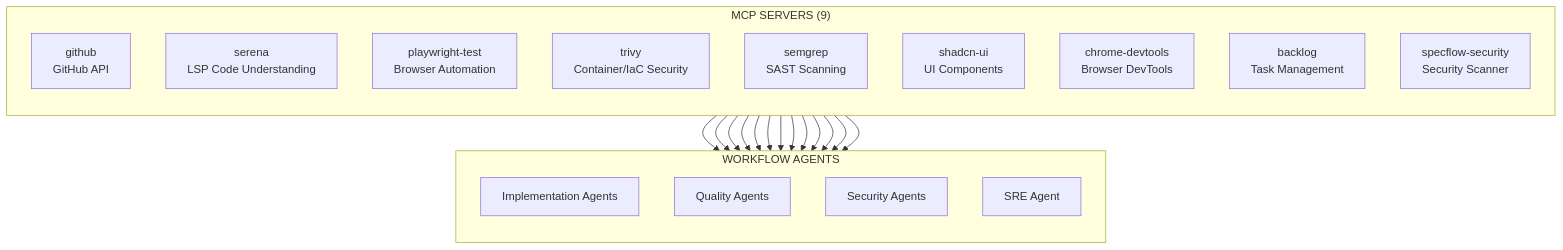
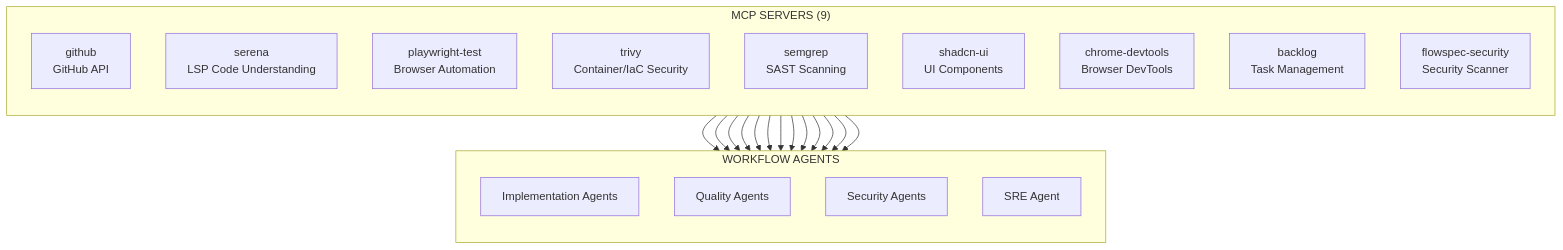
One commit to jpoley/jp-spec-kit changed the third of 5 diagrams in docs/reference/agent-architecture-diagrams.md. Above: the diagram before and after it, drawn with Mermaid. The commit also changed other lines of this file and 525 other files, not shown here.

First line of the commit message:
feat!: rename specflow to flowspec namespace

````diff
--- a/docs/reference/agent-architecture-diagrams.md
+++ b/docs/reference/agent-architecture-diagrams.md
@@ -266,37 +266,37 @@
 ```mermaid
 flowchart TB
     subgraph MCP["MCP SERVERS (9)"]
         direction TB
         GH[github<br/>GitHub API]
         SER[serena<br/>LSP Code Understanding]
         PW[playwright-test<br/>Browser Automation]
         TR[trivy<br/>Container/IaC Security]
         SG[semgrep<br/>SAST Scanning]
         SH[shadcn-ui<br/>UI Components]
         CD[chrome-devtools<br/>Browser DevTools]
         BL[backlog<br/>Task Management]
-        SEC[specflow-security<br/>Security Scanner]
+        SEC[flowspec-security<br/>Security Scanner]
     end
 
     subgraph AGENTS["WORKFLOW AGENTS"]
         direction TB
         IMPL[Implementation Agents]
         QA[Quality Agents]
         SECAG[Security Agents]
         SRE[SRE Agent]
     end
 
     GH --> IMPL
     GH --> SRE
     SER --> IMPL
     PW --> QA
     PW --> SECAG
     TR --> SECAG
     TR --> SRE
     SG --> SECAG
     SH --> IMPL
     CD --> QA
     BL --> IMPL
     BL --> QA
     SEC --> SECAG
 ```
````
